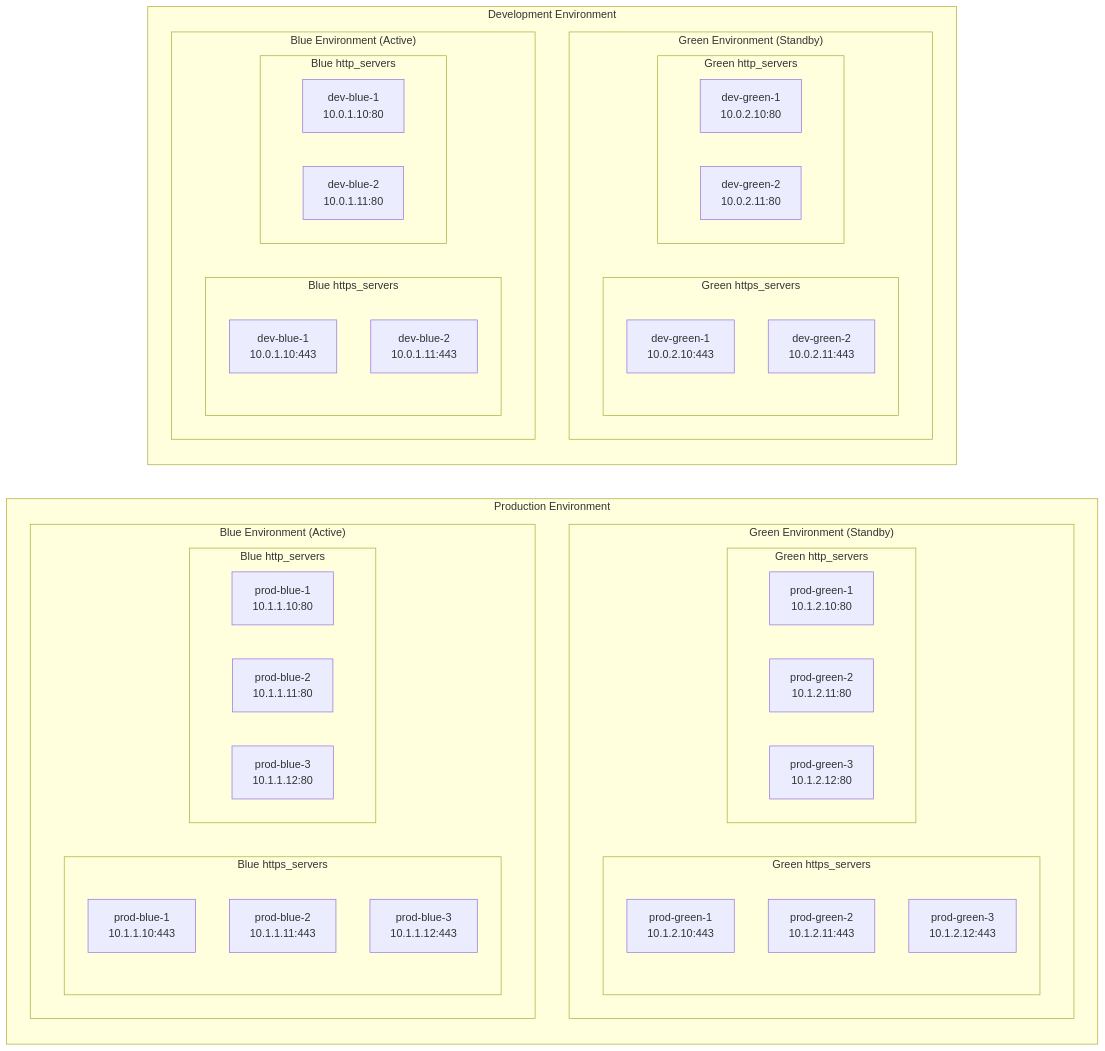
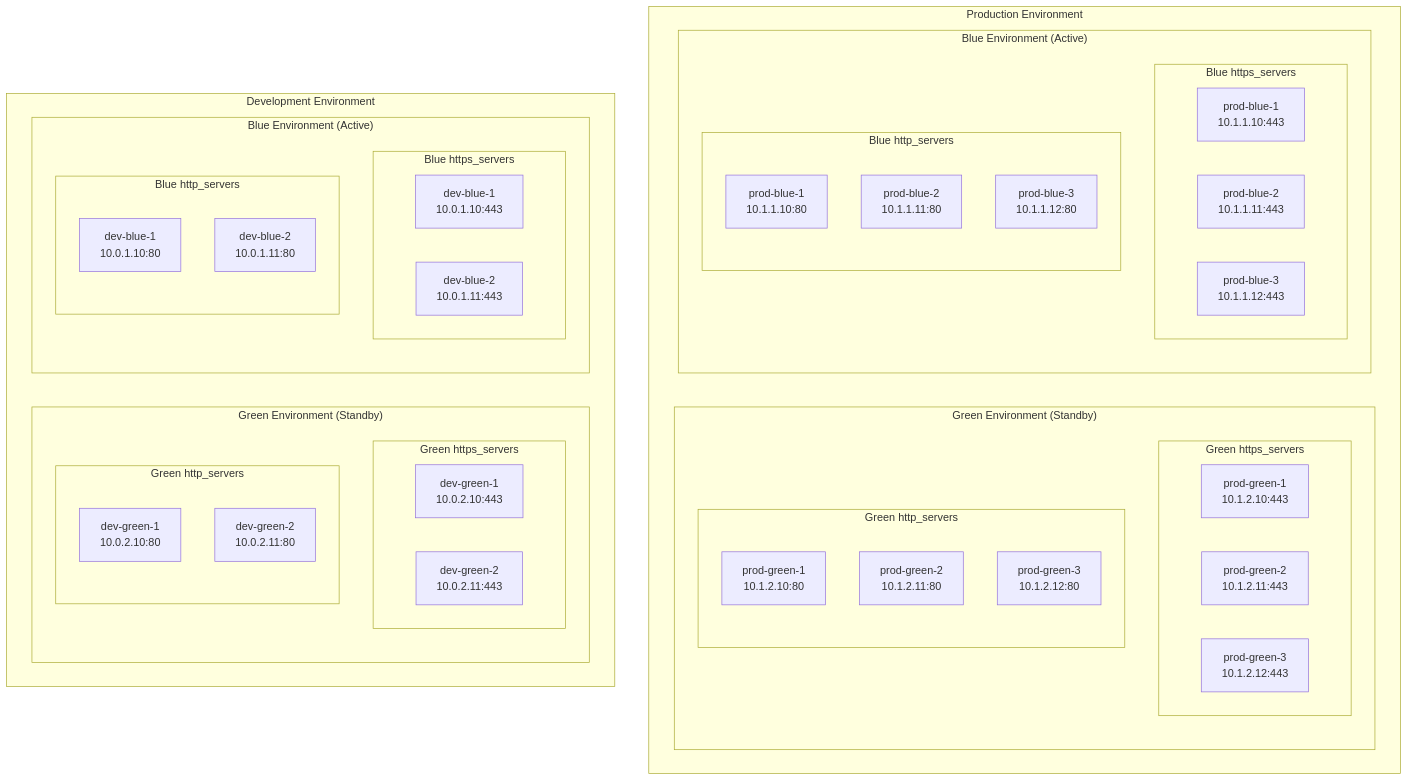
One commit to cadjai/ocp4-cluster-workload-migration changed the second of 2 diagrams in HAPROXY-BLUE-GREEN-README.md. Above: the diagram before and after it, drawn with Mermaid.

Commit message:
edit diagram

````diff
--- a/HAPROXY-BLUE-GREEN-README.md
+++ b/HAPROXY-BLUE-GREEN-README.md
@@ -58,54 +58,54 @@
 ```mermaid
-graph LR 
+graph TD 
     subgraph "Production Environment"
         subgraph "Green Environment (Standby)"
             subgraph "Green https_servers"
                 PG4[prod-green-1<br/>10.1.2.10:443]
                 PG5[prod-green-2<br/>10.1.2.11:443]
                 PG6[prod-green-3<br/>10.1.2.12:443]
             end
             subgraph "Green http_servers"
                 PG1[prod-green-1<br/>10.1.2.10:80]
                 PG2[prod-green-2<br/>10.1.2.11:80]
                 PG3[prod-green-3<br/>10.1.2.12:80]
             end
         end
         subgraph "Blue Environment (Active)"
             subgraph "Blue https_servers"
                 PB4[prod-blue-1<br/>10.1.1.10:443]
                 PB5[prod-blue-2<br/>10.1.1.11:443]
                 PB6[prod-blue-3<br/>10.1.1.12:443]
             end
             subgraph "Blue http_servers"
                 PB1[prod-blue-1<br/>10.1.1.10:80]
                 PB2[prod-blue-2<br/>10.1.1.11:80]
                 PB3[prod-blue-3<br/>10.1.1.12:80]
             end
         end
     end
 
     subgraph "Development Environment"
         subgraph "Green Environment (Standby)"
             subgraph "Green https_servers"
                 DG3[dev-green-1<br/>10.0.2.10:443]
                 DG4[dev-green-2<br/>10.0.2.11:443]
             end
             subgraph "Green http_servers"
                 DG1[dev-green-1<br/>10.0.2.10:80]
                 DG2[dev-green-2<br/>10.0.2.11:80]
             end
         end
         subgraph "Blue Environment (Active)"
             subgraph "Blue https_servers"
                 DB3[dev-blue-1<br/>10.0.1.10:443]
                 DB4[dev-blue-2<br/>10.0.1.11:443]
             end
             subgraph "Blue http_servers"
                 DB1[dev-blue-1<br/>10.0.1.10:80]
                 DB2[dev-blue-2<br/>10.0.1.11:80]
             end
         end
     end
     
 
 ```
````
